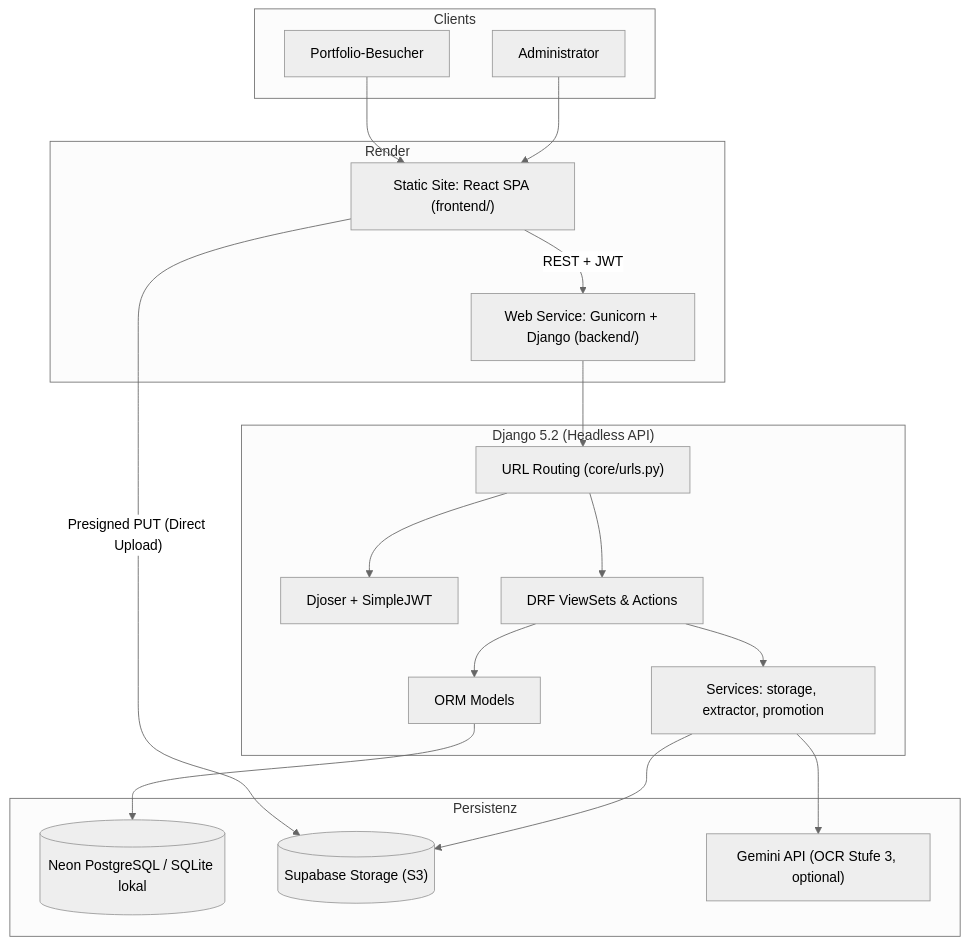
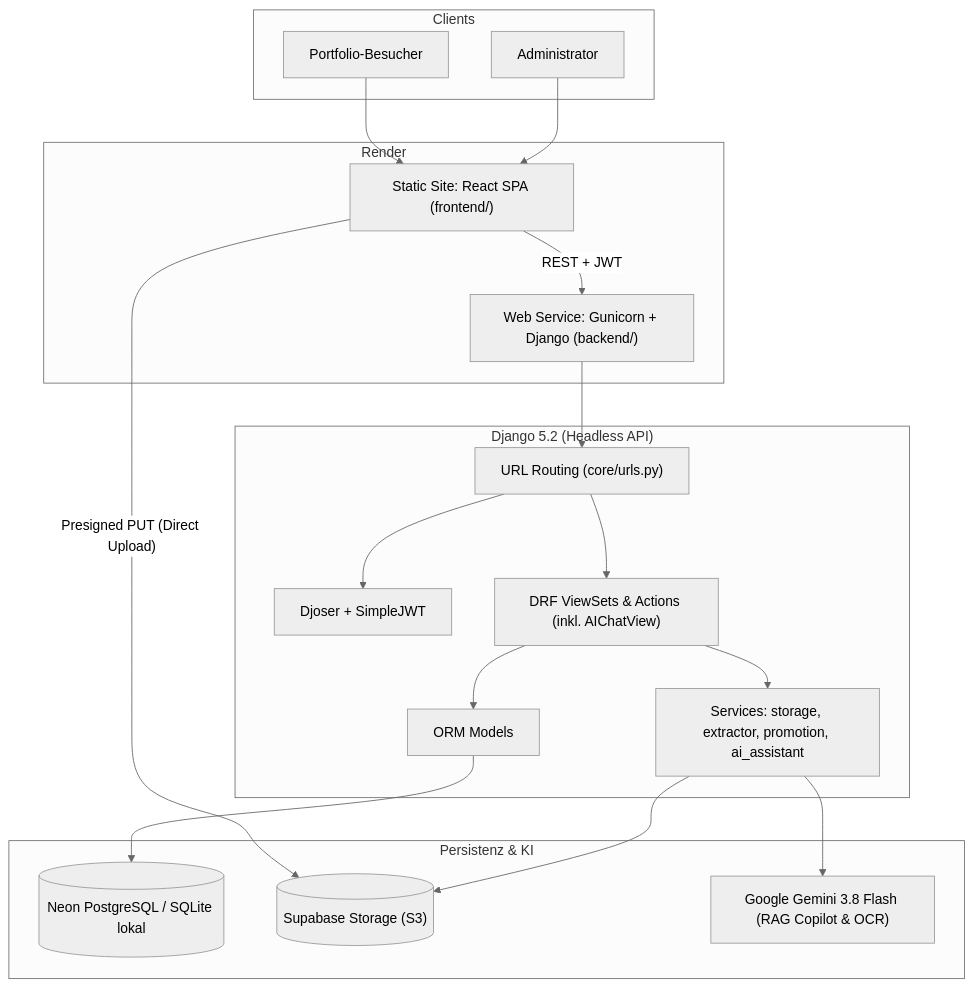
Before and after one commit to dfluechter/portfolio_project: the first of 4 diagrams in docs/architecture.md, drawn with Mermaid (neutral theme). The commit also changed other lines of this file and 195 other files, not shown here.

````diff
--- a/docs/architecture.md
+++ b/docs/architecture.md
@@ -13,39 +13,39 @@
 ```mermaid
 graph TB
     subgraph Clients["Clients"]
         Visitor["Portfolio-Besucher"]
         Admin["Administrator"]
     end
 
     subgraph RenderHosting["Render"]
         StaticSite["Static Site: React SPA (frontend/)"]
         WebService["Web Service: Gunicorn + Django (backend/)"]
     end
 
     subgraph Backend["Django 5.2 (Headless API)"]
         CoreUrls["URL Routing (core/urls.py)"]
         AuthModule["Djoser + SimpleJWT"]
-        ViewSets["DRF ViewSets & Actions"]
-        Services["Services: storage, extractor, promotion"]
+        ViewSets["DRF ViewSets & Actions (inkl. AIChatView)"]
+        Services["Services: storage, extractor, promotion, ai_assistant"]
         Models["ORM Models"]
     end
 
-    subgraph Storage["Persistenz"]
+    subgraph Storage["Persistenz & KI"]
         NeonDB[("Neon PostgreSQL / SQLite lokal")]
         SupabaseS3[("Supabase Storage (S3)")]
-        Gemini["Gemini API (OCR Stufe 3, optional)"]
+        Gemini["Google Gemini 3.8 Flash (RAG Copilot & OCR)"]
     end
 
     Visitor --> StaticSite
     Admin --> StaticSite
     StaticSite -->|"REST + JWT"| WebService
     StaticSite -->|"Presigned PUT (Direct Upload)"| SupabaseS3
     WebService --> CoreUrls
     CoreUrls --> AuthModule
     CoreUrls --> ViewSets
     ViewSets --> Services
     ViewSets --> Models
     Models --> NeonDB
     Services --> SupabaseS3
     Services --> Gemini
 ```
````
